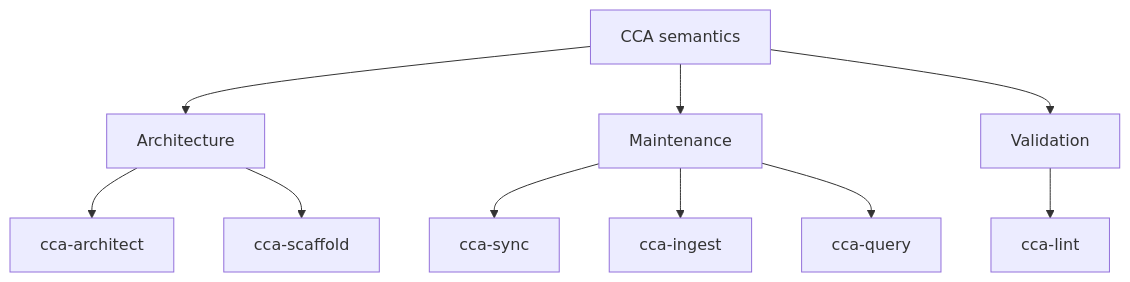
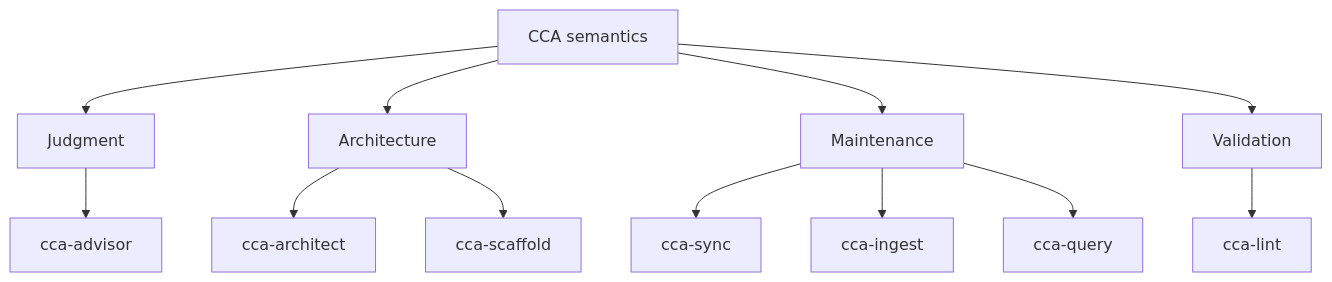
One commit to yonasuriv/CCA changed the fifth of 5 diagrams in README.md. Above: the diagram before and after it, drawn with Mermaid. The commit also changed other lines of this file and 7 other files, not shown here.

Commit message:
feat: added cca-advisor

````diff
--- a/README.md
+++ b/README.md
@@ -279,17 +281,19 @@
 ```mermaid
 flowchart TB
     CCA["CCA semantics"]
 
+    CCA --> J["Judgment"]
     CCA --> A["Architecture"]
     CCA --> M["Maintenance"]
     CCA --> V["Validation"]
 
+    J --> ADV["cca-advisor"]
     A --> ARCH["cca-architect"]
     A --> SC["cca-scaffold"]
 
     M --> SY["cca-sync"]
     M --> IN["cca-ingest"]
     M --> QU["cca-query"]
 
     V --> LI["cca-lint"]
 ```
````
